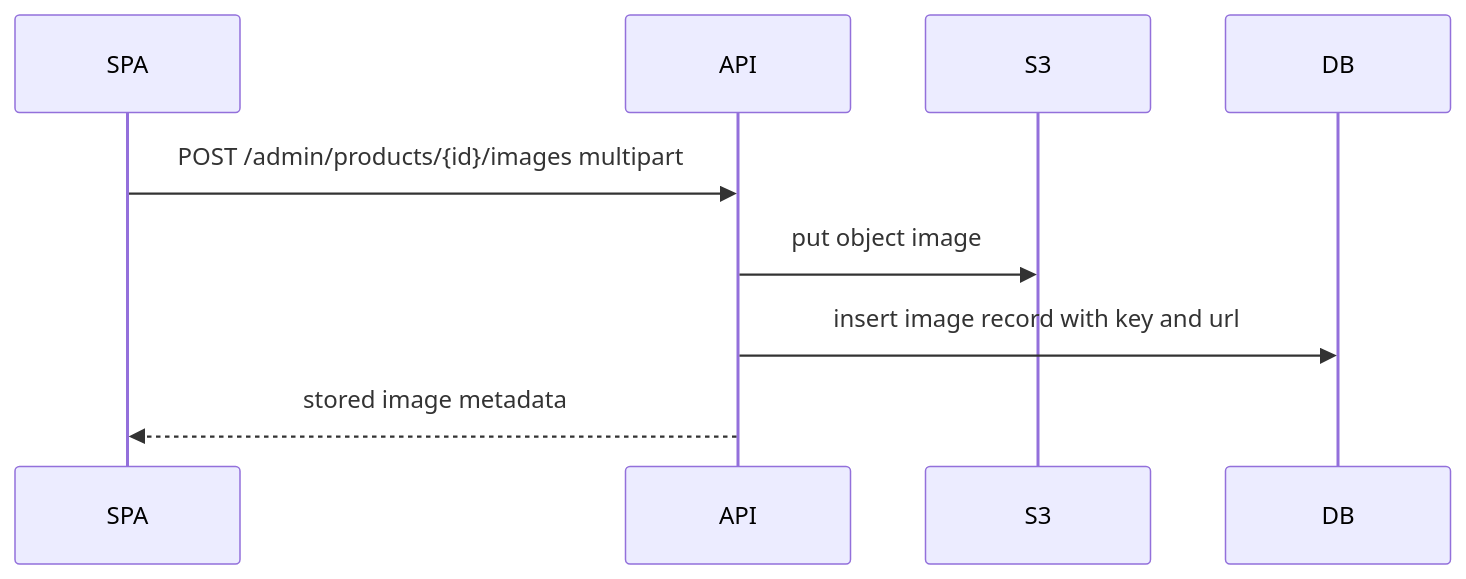
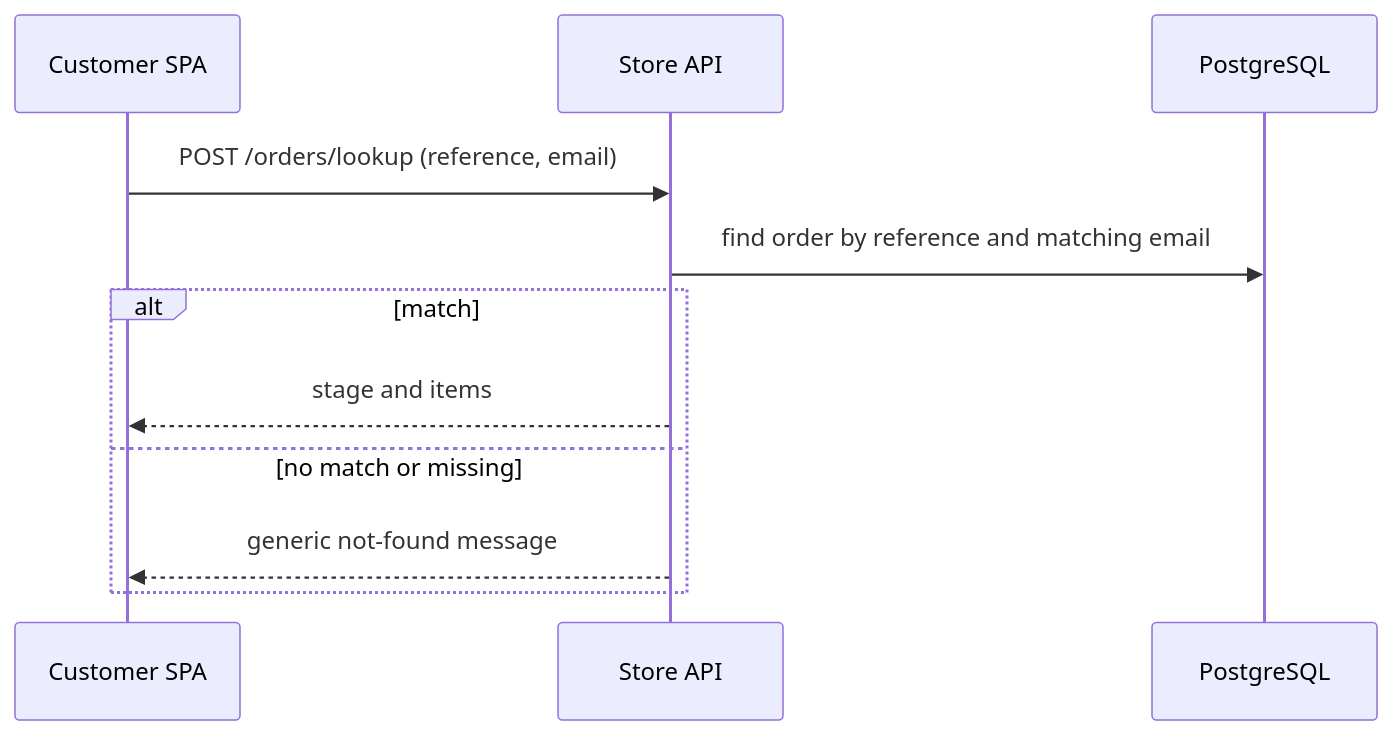
Before and after one commit to saitejaquorq/store-app: the fourth of 5 diagrams in docs/sdlc/architecture/README.md, drawn with Mermaid. The commit also changed other lines of this file and 15 other files, not shown here.

````diff
--- a/docs/sdlc/architecture/README.md
+++ b/docs/sdlc/architecture/README.md
@@ -336,11 +222,13 @@
 ```mermaid
 sequenceDiagram
-  participant C as SPA
-  participant A as API
-  participant S as S3
-  participant D as DB
-  C->>A: POST /admin/products/{id}/images multipart
-  A->>S: put object image
-  A->>D: insert image record with key and url
-  A-->>C: stored image metadata
+  participant C as Customer SPA
+  participant A as Store API
+  participant D as PostgreSQL
+  C->>A: POST /orders/lookup (reference, email)
+  A->>D: find order by reference and matching email
+  alt match
+    A-->>C: stage and items
+  else no match or missing
+    A-->>C: generic not-found message
+  end
 ```
````
